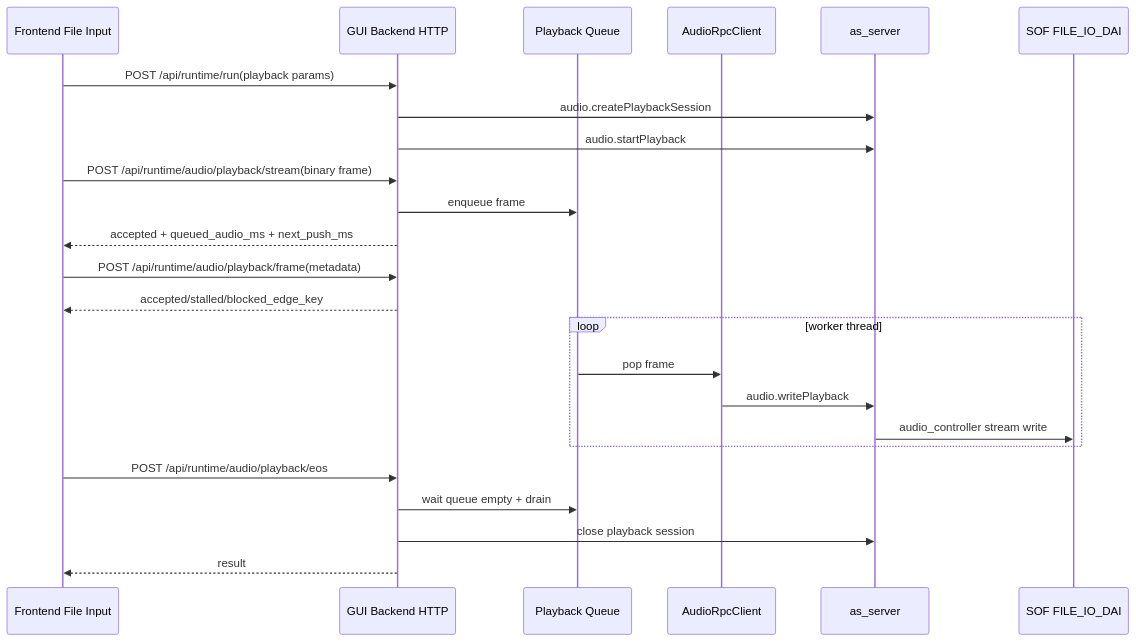
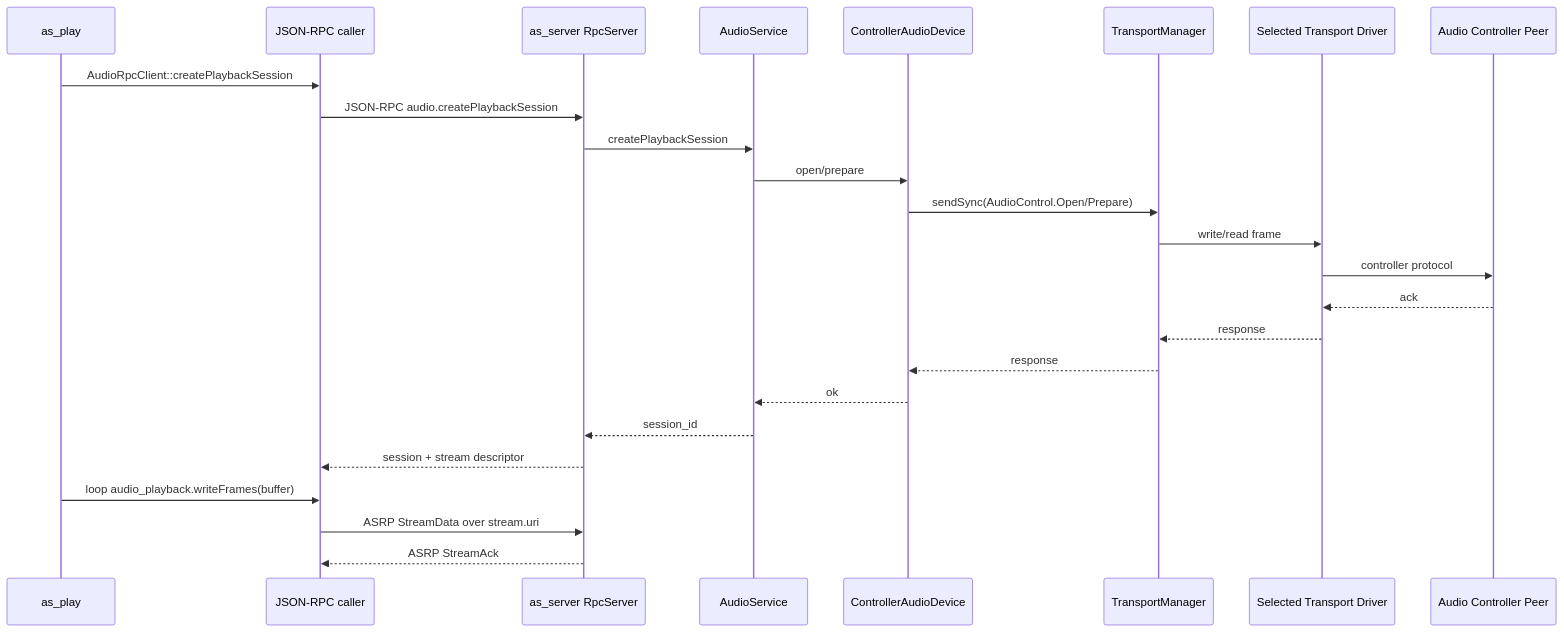
Before and after one commit to handsomeleeshu/Audio-Studio: the tenth of 15 diagrams in docs/audio_studio_framework_design.md, drawn with Mermaid. The commit also changed other lines of this file and 13 other files, not shown here.

Commit message:
Refine GUI server debug lifecycle

````diff
--- a/docs/audio_studio_framework_design.md
+++ b/docs/audio_studio_framework_design.md
@@ -321,27 +2507,28 @@
 ```mermaid
 sequenceDiagram
-    participant UI as Frontend File Input
-    participant HTTP as GUI Backend HTTP
-    participant Q as Playback Queue
-    participant RPC as AudioRpcClient
-    participant AS as as_server
-    participant SOF as SOF FILE_IO_DAI
+  participant CLI as as_play
+  participant RPC as JSON-RPC caller
+  participant Server as as_server RpcServer
+  participant Service as AudioService
+  participant Dev as ControllerAudioDevice
+  participant TM as TransportManager
+  participant TDrv as Selected Transport Driver
+  participant AC as Audio Controller Peer
 
-    UI->>HTTP: POST /api/runtime/run(playback params)
-    HTTP->>AS: audio.createPlaybackSession
-    HTTP->>AS: audio.startPlayback
-    UI->>HTTP: POST /api/runtime/audio/playback/stream(binary frame)
-    HTTP->>Q: enqueue frame
-    HTTP-->>UI: accepted + queued_audio_ms + next_push_ms
-    UI->>HTTP: POST /api/runtime/audio/playback/frame(metadata)
-    HTTP-->>UI: accepted/stalled/blocked_edge_key
-    loop worker thread
-        Q->>RPC: pop frame
-        RPC->>AS: audio.writePlayback
-        AS->>SOF: audio_controller stream write
-    end
-    UI->>HTTP: POST /api/runtime/audio/playback/eos
-    HTTP->>Q: wait queue empty + drain
-    HTTP->>AS: close playback session
-    HTTP-->>UI: result
+  CLI->>RPC: AudioRpcClient::createPlaybackSession
+  RPC->>Server: JSON-RPC audio.createPlaybackSession
+  Server->>Service: createPlaybackSession
+  Service->>Dev: open/prepare
+  Dev->>TM: sendSync(AudioControl.Open/Prepare)
+  TM->>TDrv: write/read frame
+  TDrv->>AC: controller protocol
+  AC-->>TDrv: ack
+  TDrv-->>TM: response
+  TM-->>Dev: response
+  Dev-->>Service: ok
+  Service-->>Server: session_id
+  Server-->>RPC: session + stream descriptor
+  CLI->>RPC: loop audio_playback.writeFrames(buffer)
+  RPC->>Server: ASRP StreamData over stream.uri
+  Server-->>RPC: ASRP StreamAck
 ```
````
